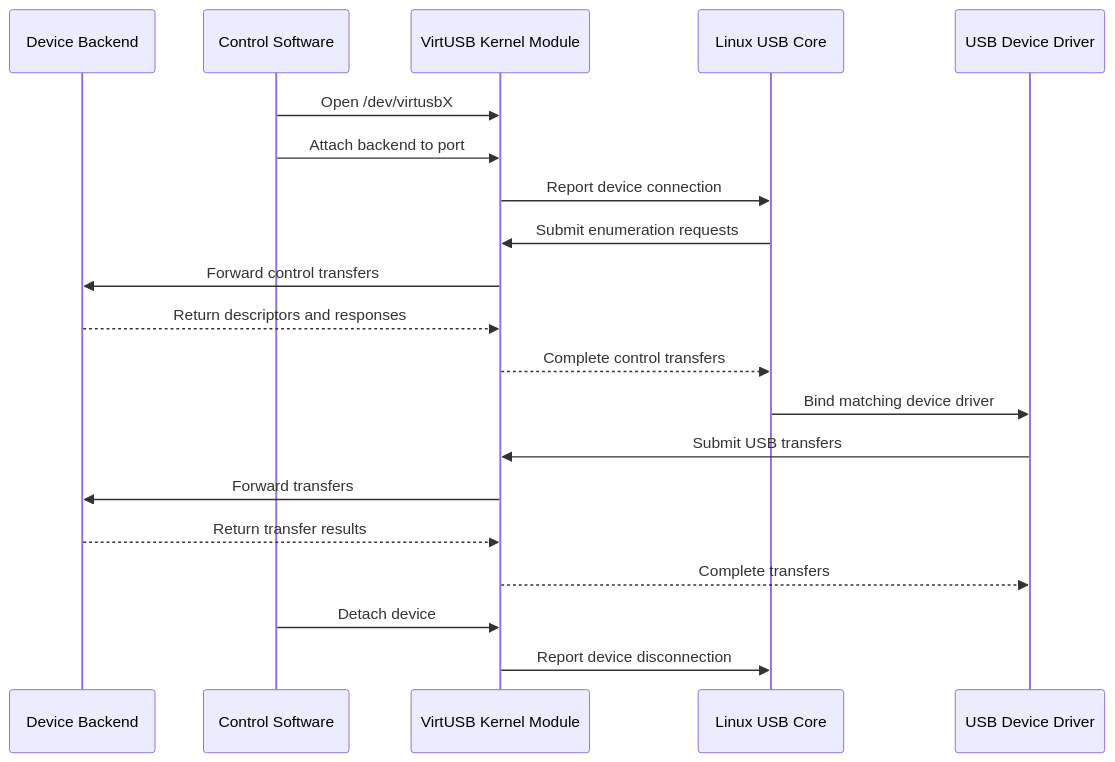
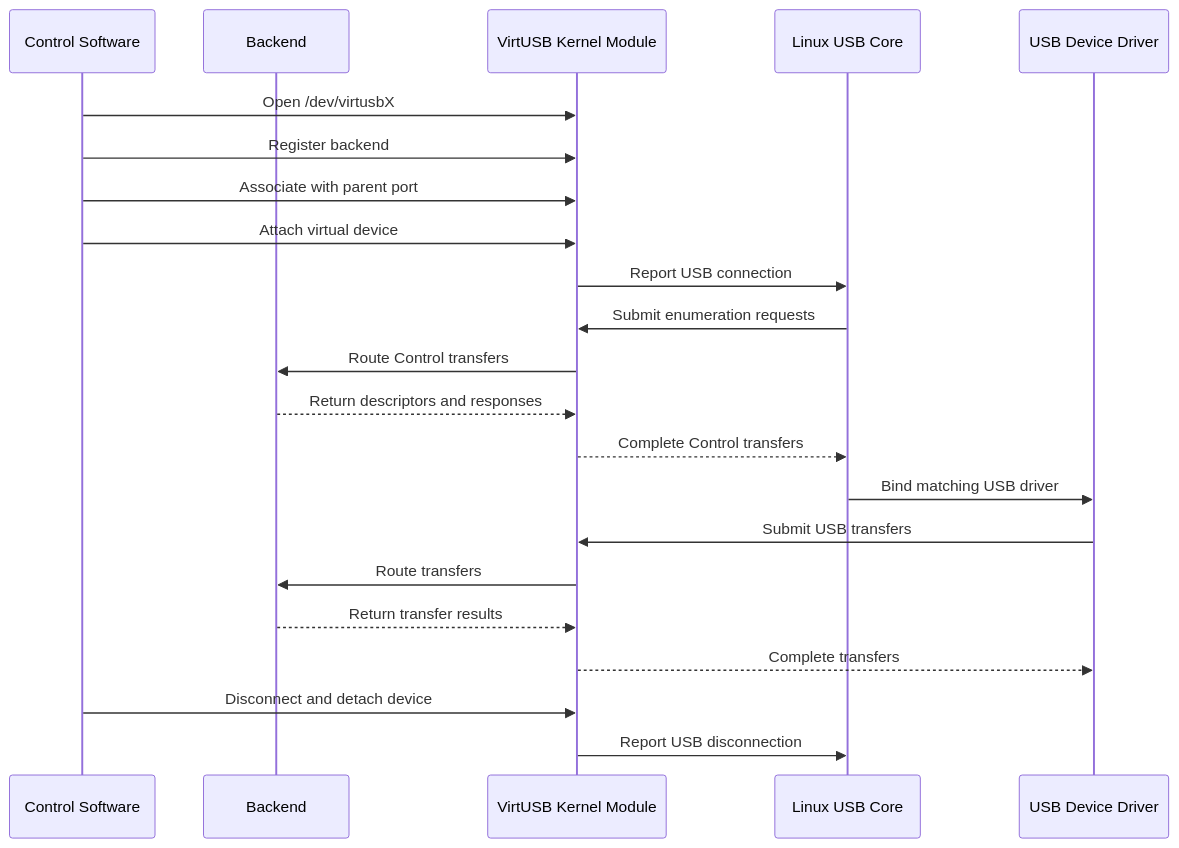
Before and after one commit to RomanBuchert/VirtUSB: the seventh of 8 diagrams in doc/architecture/system-overview.md, drawn with Mermaid. The commit also changed other lines of this file and 6 other files, not shown here.

First line of the commit message:
docs: refine architecture and requirements documentation (WIP)

````diff
--- a/doc/architecture/system-overview.md
+++ b/doc/architecture/system-overview.md
@@ -294,23 +471,25 @@
 ```mermaid
 sequenceDiagram
-   participant Backend as Device Backend
    participant Control as Control Software
+   participant Backend as Backend
    participant VirtUSB as VirtUSB Kernel Module
    participant USB as Linux USB Core
    participant Driver as USB Device Driver
 
    Control->>VirtUSB: Open /dev/virtusbX
-   Control->>VirtUSB: Attach backend to port
-   VirtUSB->>USB: Report device connection
+   Control->>VirtUSB: Register backend
+   Control->>VirtUSB: Associate with parent port
+   Control->>VirtUSB: Attach virtual device
+   VirtUSB->>USB: Report USB connection
    USB->>VirtUSB: Submit enumeration requests
-   VirtUSB->>Backend: Forward control transfers
+   VirtUSB->>Backend: Route Control transfers
    Backend-->>VirtUSB: Return descriptors and responses
-   VirtUSB-->>USB: Complete control transfers
-   USB->>Driver: Bind matching device driver
+   VirtUSB-->>USB: Complete Control transfers
+   USB->>Driver: Bind matching USB driver
    Driver->>VirtUSB: Submit USB transfers
-   VirtUSB->>Backend: Forward transfers
+   VirtUSB->>Backend: Route transfers
    Backend-->>VirtUSB: Return transfer results
    VirtUSB-->>Driver: Complete transfers
-   Control->>VirtUSB: Detach device
-   VirtUSB->>USB: Report device disconnection
+   Control->>VirtUSB: Disconnect and detach device
+   VirtUSB->>USB: Report USB disconnection
 ```
````
